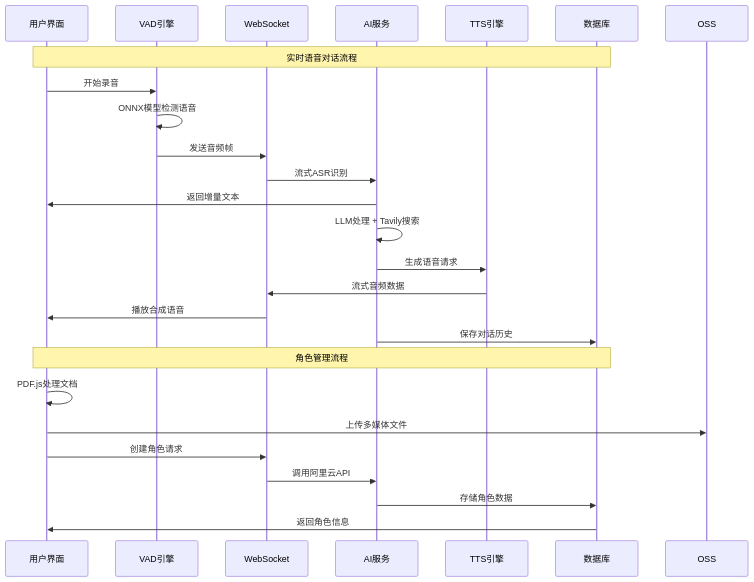
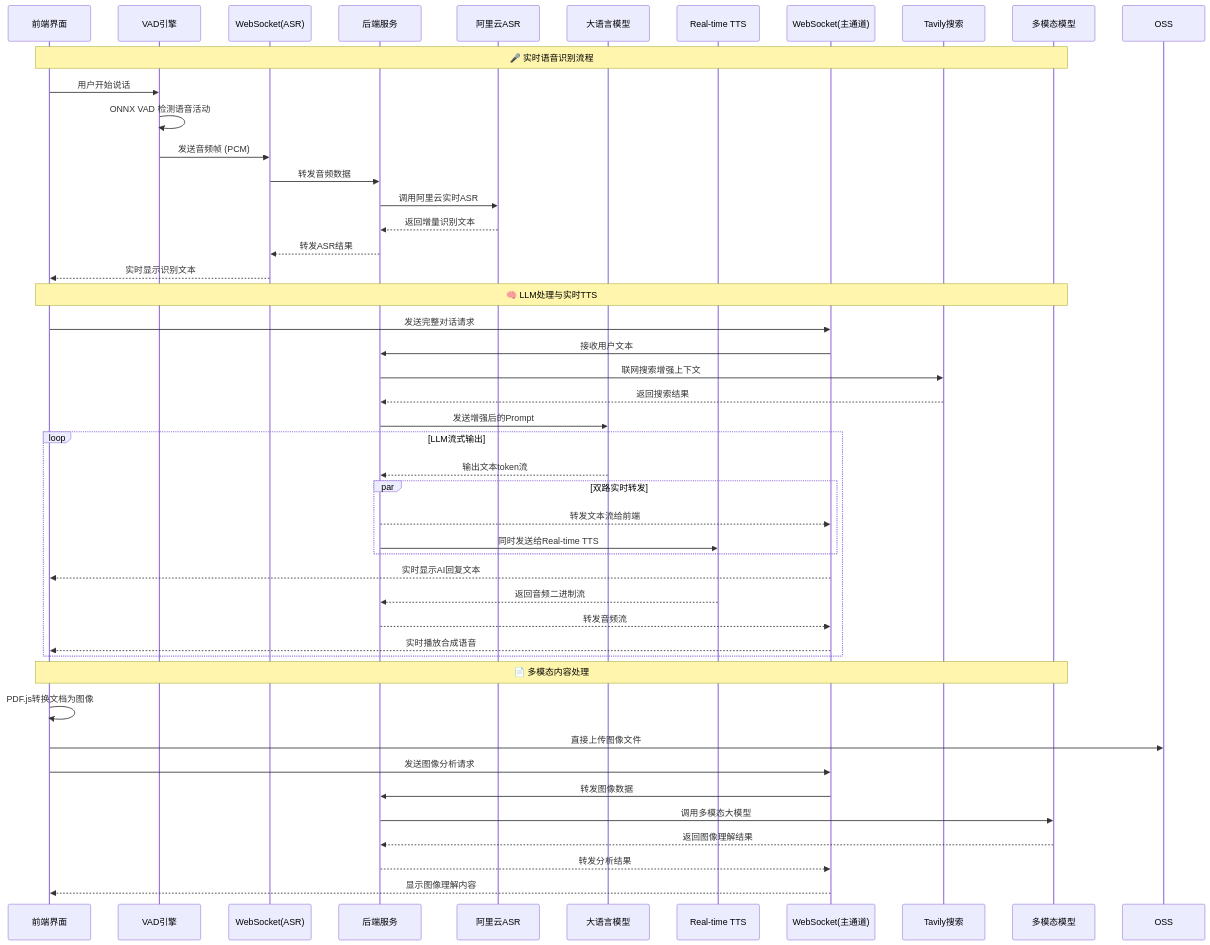
One commit to CORCTON/EchoMe changed the second of 4 diagrams in README.md. Above: the diagram before and after it, drawn with Mermaid. The commit also changed other lines of this file, not shown here.

````diff
--- a/README.md
+++ b/README.md
@@ -120,31 +124,52 @@
 ```mermaid
 sequenceDiagram
-    participant U as 用户界面
+    participant U as 前端界面
     participant V as VAD引擎
-    participant W as WebSocket
-    participant A as AI服务
-    participant T as TTS引擎
-    participant D as 数据库
+    participant WS1 as WebSocket(ASR)
+    participant BE as 后端服务
+    participant ASR as 阿里云ASR
+    participant LLM as 大语言模型
+    participant TTS as Real-time TTS
+    participant WS2 as WebSocket(主通道)
+    participant TAV as Tavily搜索
+    participant MM as 多模态模型
     
-    Note over U,D: 实时语音对话流程
+    Note over U,MM: 🎤 实时语音识别流程
+    U->>V: 用户开始说话
+    V->>V: ONNX VAD 检测语音活动
+    V->>WS1: 发送音频帧 (PCM)
+    WS1->>BE: 转发音频数据
+    BE->>ASR: 调用阿里云实时ASR
+    ASR-->>BE: 返回增量识别文本
+    BE-->>WS1: 转发ASR结果
+    WS1-->>U: 实时显示识别文本
     
-    U->>V: 开始录音
-    V->>V: ONNX模型检测语音
-    V->>W: 发送音频帧
-    W->>A: 流式ASR识别
-    A->>U: 返回增量文本
-    A->>A: LLM处理 + Tavily搜索
-    A->>T: 生成语音请求
-    T->>W: 流式音频数据
-    W->>U: 播放合成语音
-    A->>D: 保存对话历史
+    Note over U,MM: 🧠 LLM处理与实时TTS
+    U->>WS2: 发送完整对话请求
+    WS2->>BE: 接收用户文本
+    BE->>TAV: 联网搜索增强上下文
+    TAV-->>BE: 返回搜索结果
+    BE->>LLM: 发送增强后的Prompt
     
-    Note over U,D: 角色管理流程
+    loop LLM流式输出
+        LLM-->>BE: 输出文本token流
+        par 双路实时转发
+            BE-->>WS2: 转发文本流给前端
+            BE->>TTS: 同时发送给Real-time TTS
+        end
+        WS2-->>U: 实时显示AI回复文本
+        TTS-->>BE: 返回音频二进制流
+        BE-->>WS2: 转发音频流
+        WS2-->>U: 实时播放合成语音
+    end
     
-    U->>U: PDF.js处理文档
-    U->>OSS: 上传多媒体文件
-    U->>W: 创建角色请求
-    W->>A: 调用阿里云API
-    A->>D: 存储角色数据
-    D->>U: 返回角色信息
+    Note over U,MM: 📄 多模态内容处理
+    U->>U: PDF.js转换文档为图像
+    U->>OSS: 直接上传图像文件
+    U->>WS2: 发送图像分析请求
+    WS2->>BE: 转发图像数据
+    BE->>MM: 调用多模态大模型
+    MM-->>BE: 返回图像理解结果
+    BE-->>WS2: 转发分析结果
+    WS2-->>U: 显示图像理解内容
 ```
````
